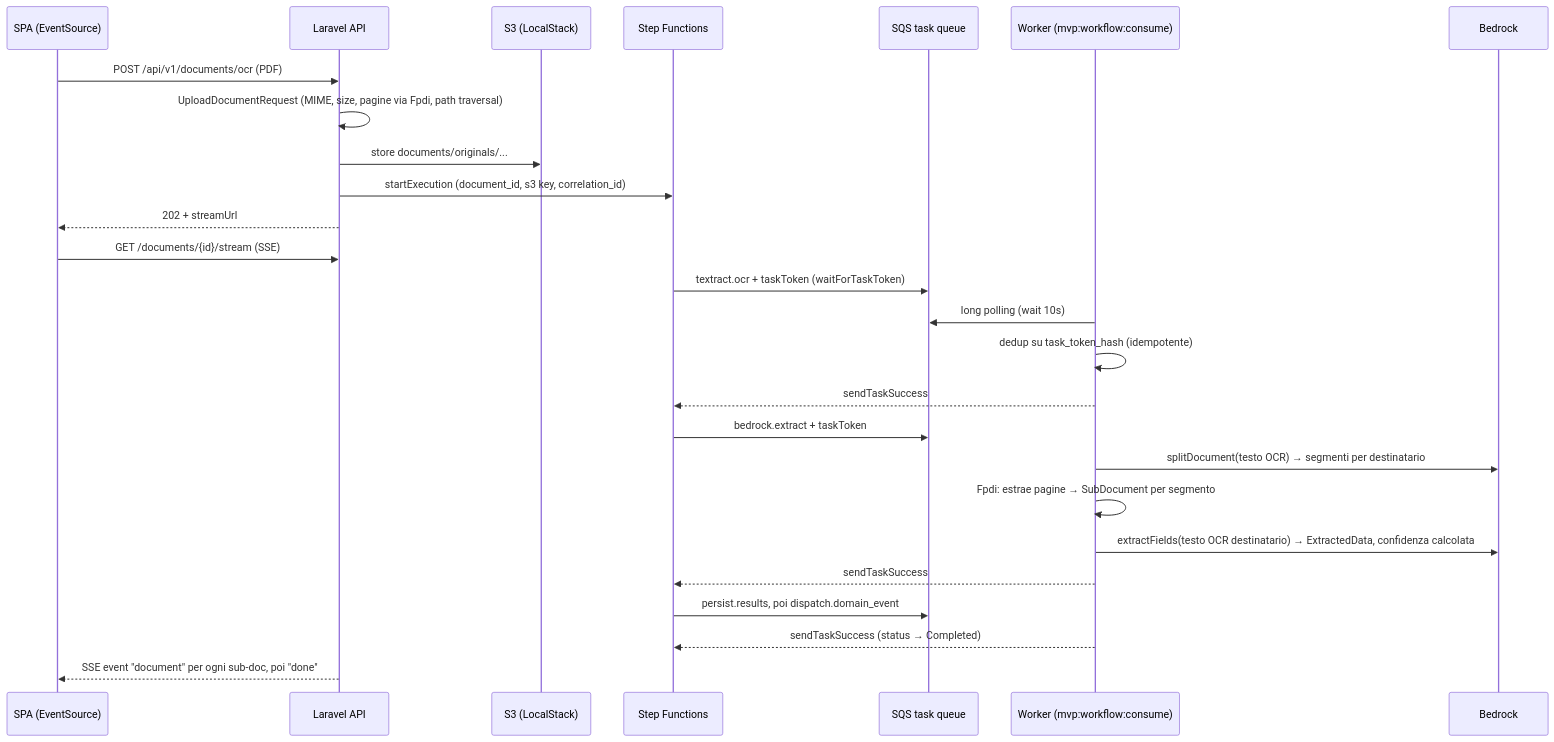
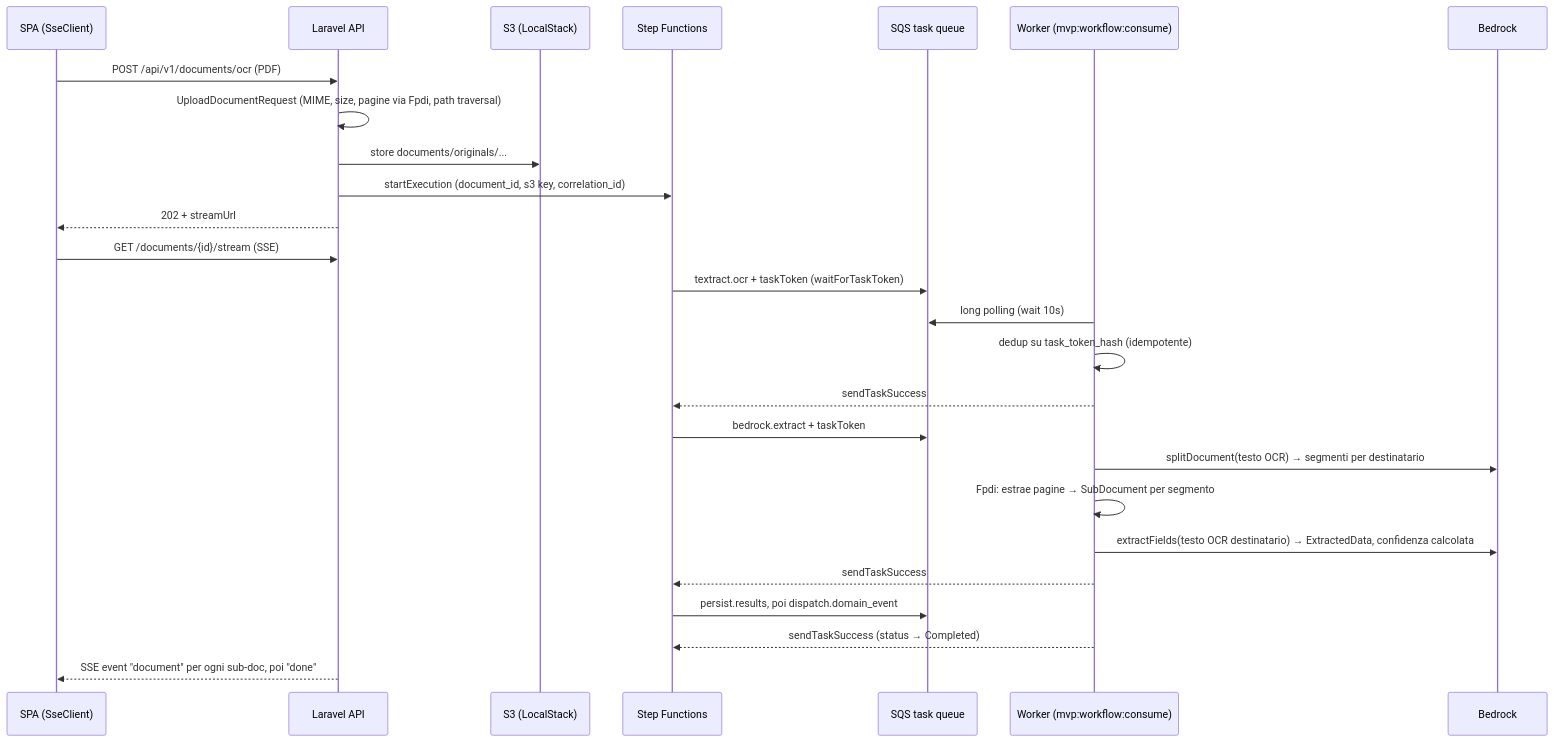
The third of 3 diagrams in docs/IMPLEMENTATION_OVERVIEW.md (aLittleByte-19/MVP), drawn with Mermaid before and after one commit. The commit also changed other lines of this file and 87 other files, not shown here.

````diff
--- a/docs/IMPLEMENTATION_OVERVIEW.md
+++ b/docs/IMPLEMENTATION_OVERVIEW.md
@@ -296,29 +296,29 @@
 ```mermaid
 sequenceDiagram
-    participant FE as SPA (EventSource)
+    participant FE as SPA (SseClient)
     participant API as Laravel API
     participant S3 as S3 (LocalStack)
     participant SFN as Step Functions
     participant SQS as SQS task queue
     participant W as Worker (mvp:workflow:consume)
     participant BR as Bedrock
 
     FE->>API: POST /api/v1/documents/ocr (PDF)
     API->>API: UploadDocumentRequest (MIME, size, pagine via Fpdi, path traversal)
     API->>S3: store documents/originals/...
     API->>SFN: startExecution (document_id, s3 key, correlation_id)
     API-->>FE: 202 + streamUrl
     FE->>API: GET /documents/{id}/stream (SSE)
     SFN->>SQS: textract.ocr + taskToken (waitForTaskToken)
     W->>SQS: long polling (wait 10s)
     W->>W: dedup su task_token_hash (idempotente)
     W-->>SFN: sendTaskSuccess
     SFN->>SQS: bedrock.extract + taskToken
     W->>BR: splitDocument(testo OCR) → segmenti per destinatario
     W->>W: Fpdi: estrae pagine → SubDocument per segmento
     W->>BR: extractFields(testo OCR destinatario) → ExtractedData, confidenza calcolata
     W-->>SFN: sendTaskSuccess
     SFN->>SQS: persist.results, poi dispatch.domain_event
     W-->>SFN: sendTaskSuccess (status → Completed)
     API-->>FE: SSE event "document" per ogni sub-doc, poi "done"
 ```
````
